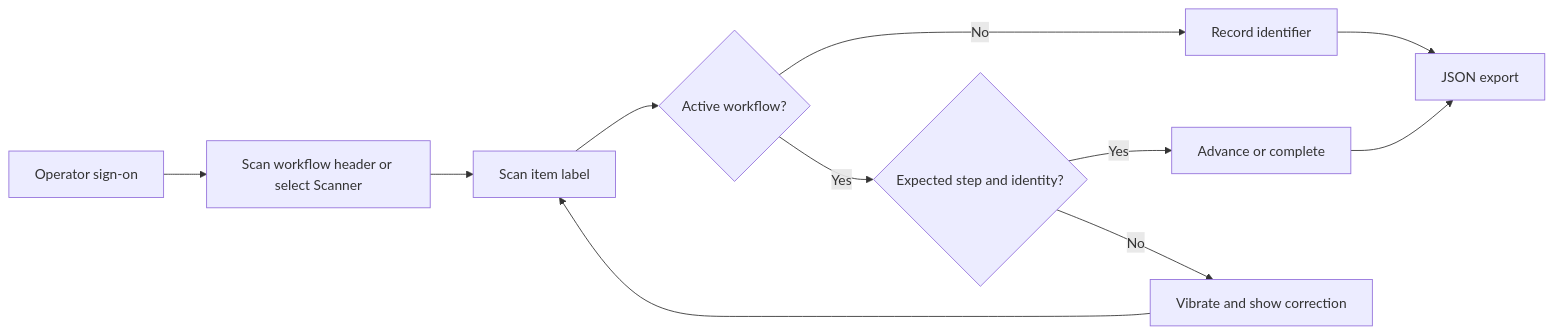
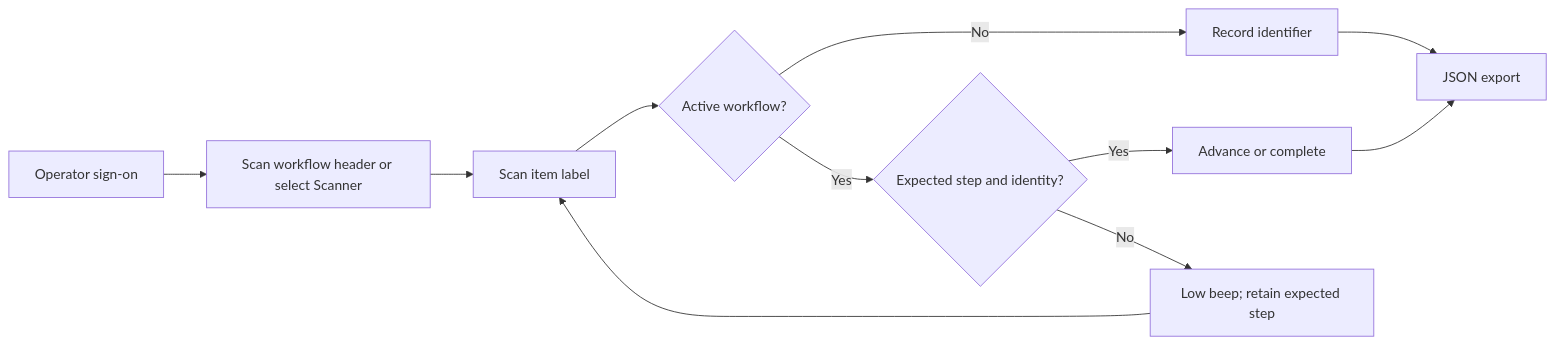
The first of 2 diagrams in README.md (CocoHusky/manufacturing-qr-scanner), drawn with Mermaid before and after one commit. The commit also changed other lines of this file and 2 other files, not shown here.

Commit message:
Show standalone assembly verification and audible feedback

````diff
--- a/README.md
+++ b/README.md
@@ -18,13 +18,13 @@
 ```mermaid
 flowchart LR
  A[Operator sign-on] --> S[Scan workflow header or select Scanner]
  S --> B[Scan item label]
  B --> C{Active workflow?}
  C -->|No| D[Record identifier]
  C -->|Yes| E{Expected step and identity?}
  E -->|Yes| F[Advance or complete]
- E -->|No| G[Vibrate and show correction]
+ E -->|No| G[Low beep; retain expected step]
  G --> B
  D --> H[JSON export]
  F --> H
 ```
````
